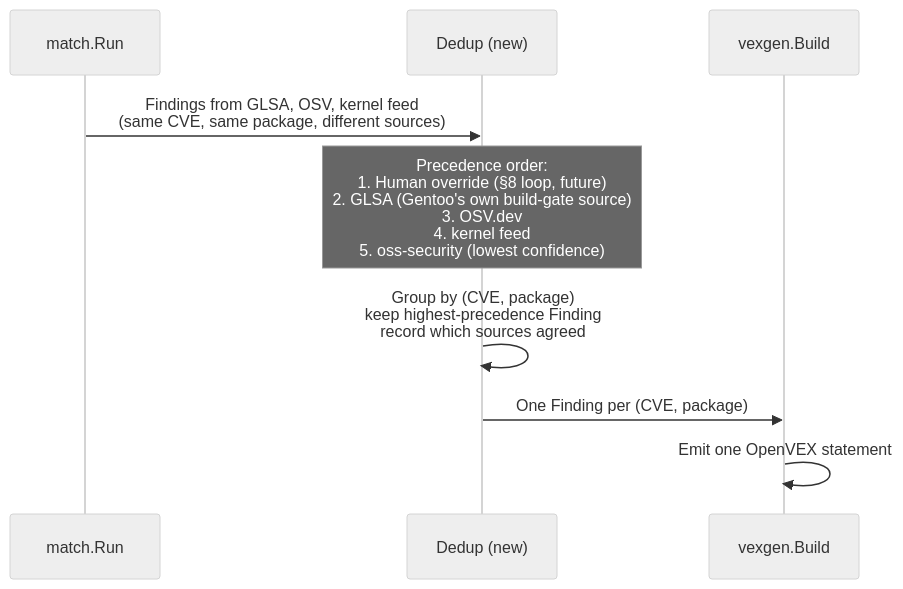
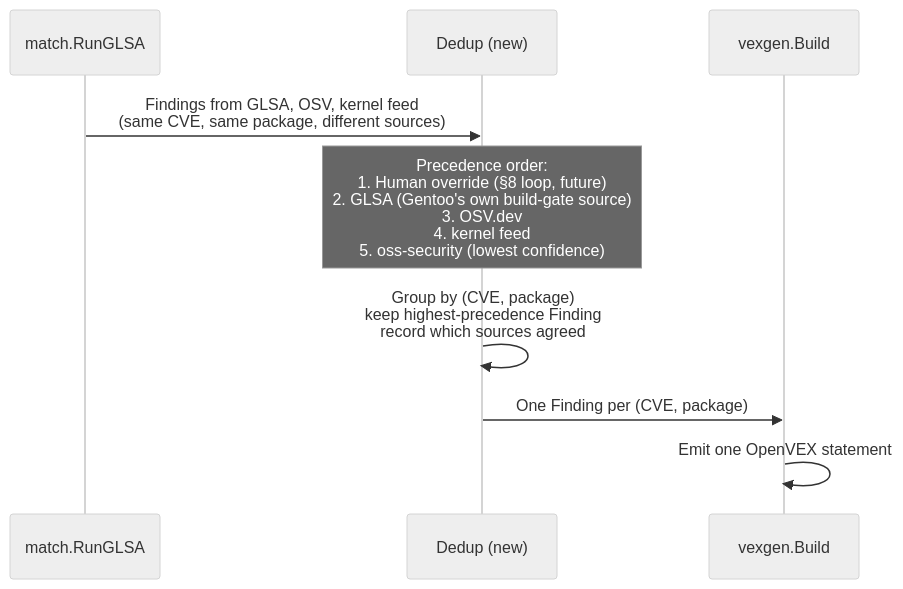
One commit to flatcar/vex-automation changed the fourth of 4 diagrams in docs/multi-source-proposal.md. Above: the diagram before and after it, drawn with Mermaid (neutral theme). The commit also changed other lines of this file and 24 other files, not shown here.

````diff
--- a/docs/multi-source-proposal.md
+++ b/docs/multi-source-proposal.md
@@ -189,12 +189,12 @@
 ```mermaid
 sequenceDiagram
-    participant M as match.Run
+    participant M as match.RunGLSA
     participant D as Dedup (new)
     participant V as vexgen.Build
 
     M->>D: Findings from GLSA, OSV, kernel feed<br/>(same CVE, same package, different sources)
     Note over D: Precedence order:<br/>1. Human override (§8 loop, future)<br/>2. GLSA (Gentoo's own build-gate source)<br/>3. OSV.dev<br/>4. kernel feed<br/>5. oss-security (lowest confidence)
     D->>D: Group by (CVE, package)<br/>keep highest-precedence Finding<br/>record which sources agreed
     D->>V: One Finding per (CVE, package)
     V->>V: Emit one OpenVEX statement
 ```
````
